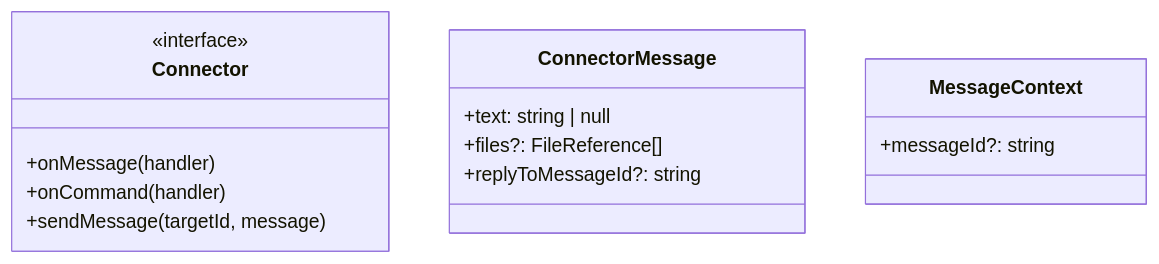
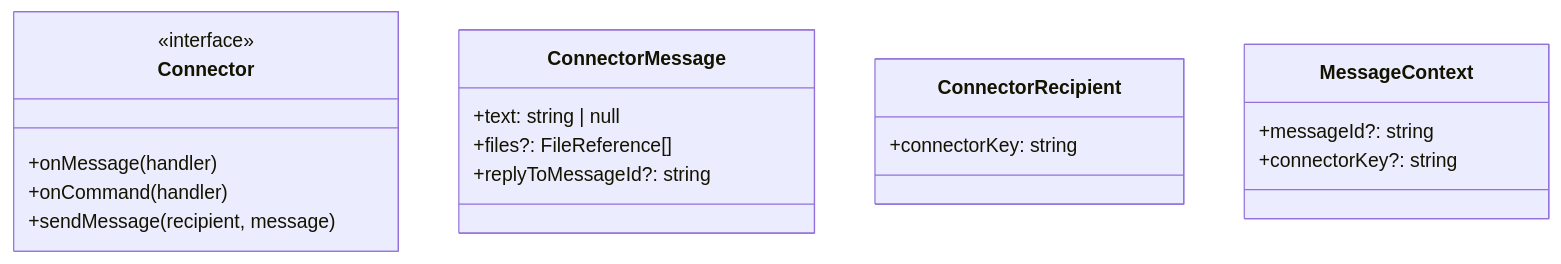
The first of 6 diagrams in doc/internals/connectors.md (ex3ndr/daycare), drawn with Mermaid before and after one commit. The commit also changed other lines of this file and 33 other files, not shown here.

Commit message:
refactor: remove connector targetId concept

````diff
--- a/doc/internals/connectors.md
+++ b/doc/internals/connectors.md
@@ -19,17 +19,21 @@
 ```mermaid
 classDiagram
   class Connector {
     <<interface>>
     +onMessage(handler)
     +onCommand(handler)
-    +sendMessage(targetId, message)
+    +sendMessage(recipient, message)
   }
   class ConnectorMessage {
     +text: string | null
     +files?: FileReference[]
     +replyToMessageId?: string
   }
+  class ConnectorRecipient {
+    +connectorKey: string
+  }
   class MessageContext {
     +messageId?: string
+    +connectorKey?: string
   }
 ```
````
